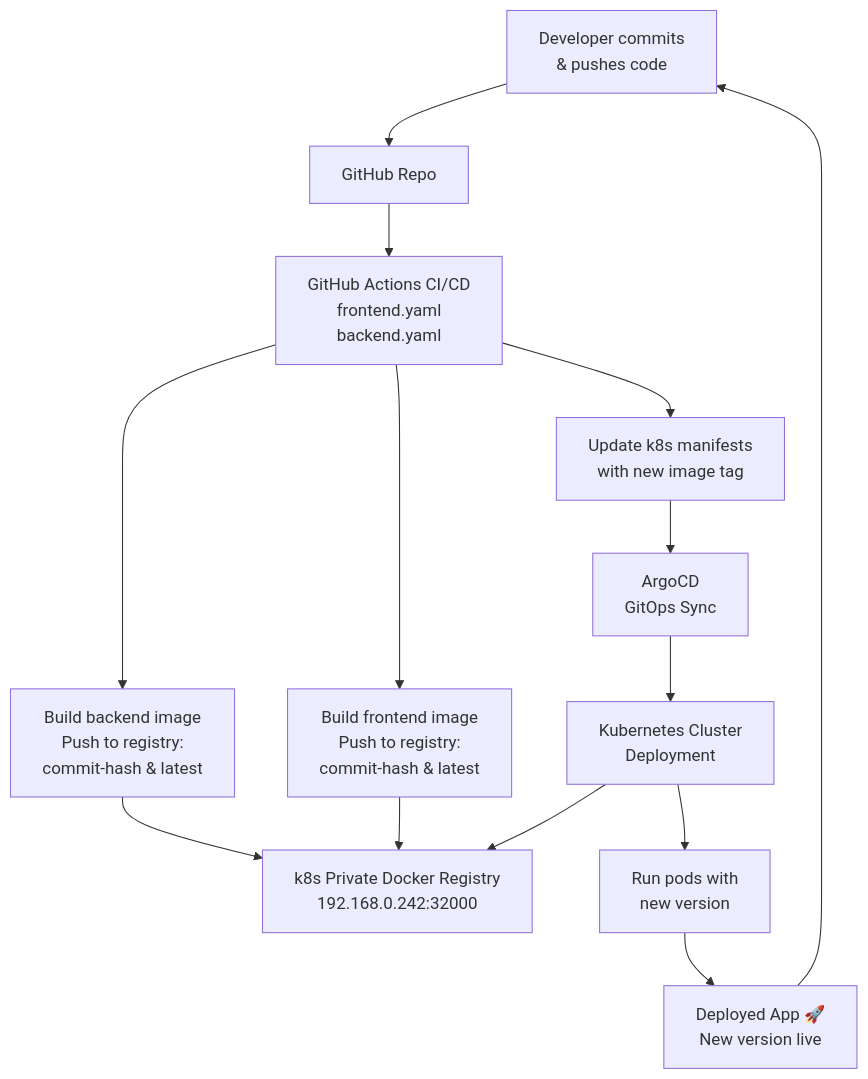
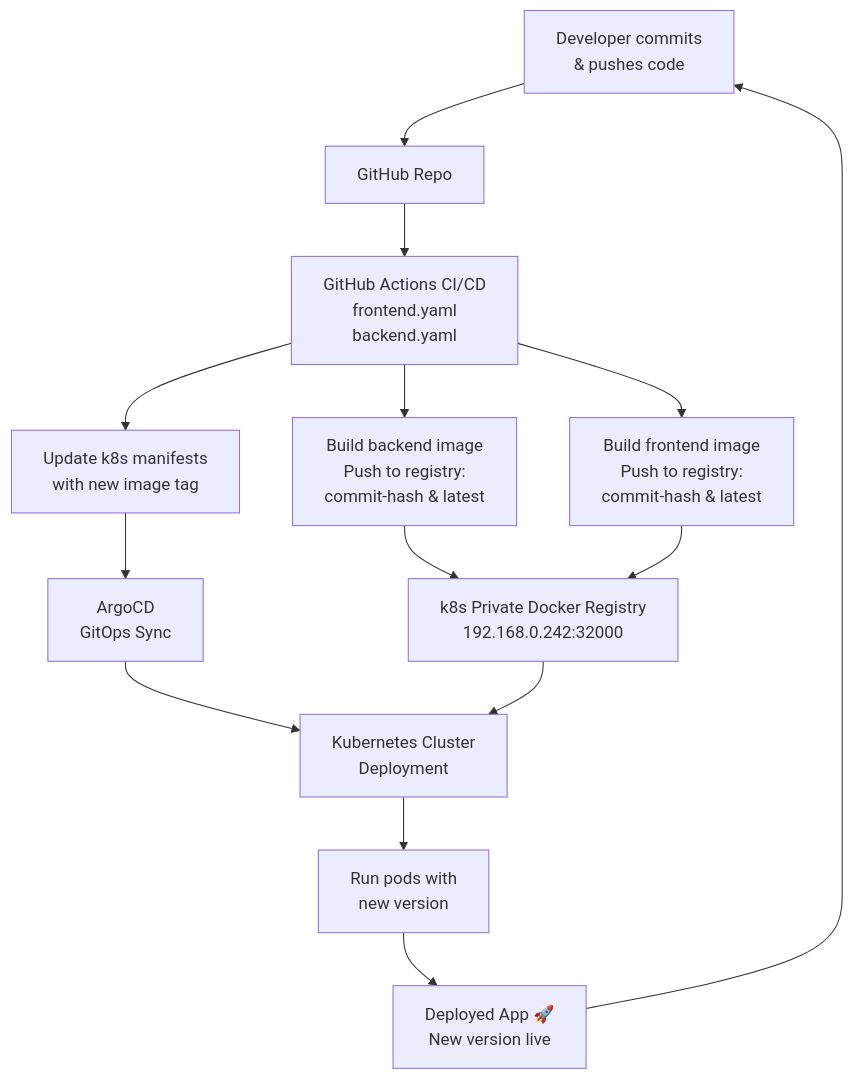
One commit to Surmi64/ev-charge-project changed the diagram in README.md. Above: the diagram before and after it, drawn with Mermaid.

Commit message:
upd: readme extend with v9 flowchart

````diff
--- a/README.md
+++ b/README.md
@@ -90,42 +90,41 @@
 ```mermaid
 flowchart TD
     dev["`Developer commits
     & pushes code`"] 
     repo["GitHub Repo"]
     ci["`GitHub Actions CI/CD
     frontend.yaml
     backend.yaml`"]
     backendBuild["`Build backend image
     Push to registry:
     commit-hash & latest`"]
     frontendBuild["`Build frontend image
     Push to registry:
     commit-hash & latest`"]
     registry["`k8s Private Docker Registry
     192.168.0.242:32000`"]
     manifests["`Update k8s manifests
     with new image tag`"]
     argocd["`ArgoCD
     GitOps Sync`"]
     k8s["`Kubernetes Cluster
     Deployment`"]
     pods["`Run pods with
     new version`"]
     deployed["`Deployed App 🚀
     New version live`"]
 
     dev --> repo
     repo --> ci
     ci --> backendBuild
     ci --> frontendBuild
     backendBuild --> registry
     frontendBuild --> registry
     ci --> manifests
     manifests --> argocd
     argocd --> k8s
-    k8s --> registry
+    registry --> k8s
     k8s --> pods
     pods --> deployed
     deployed --> dev
-
 ```
````
